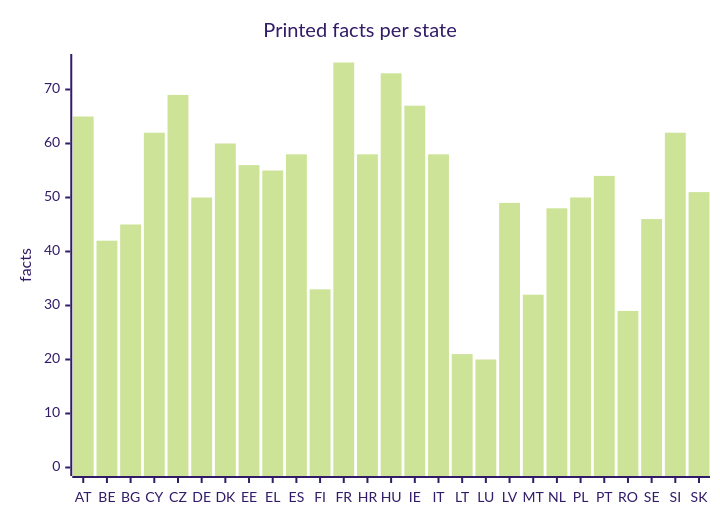
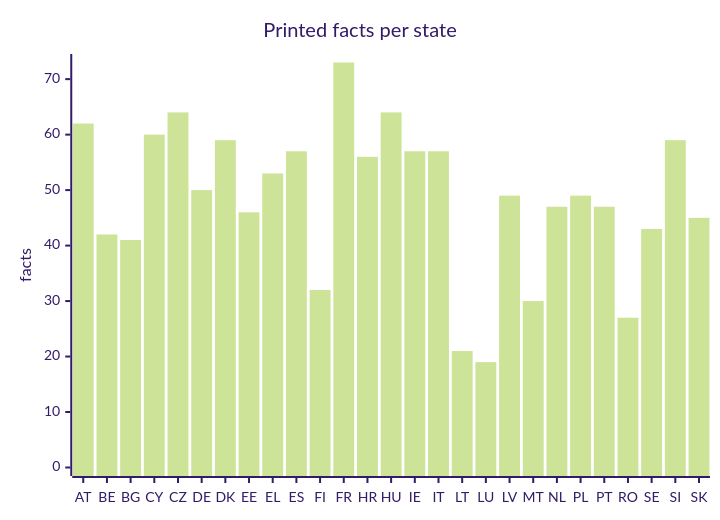
The fourth of 5 diagrams in docs/evidence.md (EU27-data-sovereignty/eu27-data-sovereignty), drawn with Mermaid (forest theme) before and after one commit. The commit also changed other lines of this file and 124 other files, not shown here.

````diff
--- a/docs/evidence.md
+++ b/docs/evidence.md
@@ -85,7 +85,7 @@
 ```mermaid
 xychart-beta
   title "Printed facts per state"
   x-axis [AT, BE, BG, CY, CZ, DE, DK, EE, EL, ES, FI, FR, HR, HU, IE, IT, LT, LU, LV, MT, NL, PL, PT, RO, SE, SI, SK]
-  y-axis "facts" 0 --> 75
-  bar [65, 42, 45, 62, 69, 50, 60, 56, 55, 58, 33, 75, 58, 73, 67, 58, 21, 20, 49, 32, 48, 50, 54, 29, 46, 62, 51]
+  y-axis "facts" 0 --> 73
+  bar [62, 42, 41, 60, 64, 50, 59, 46, 53, 57, 32, 73, 56, 64, 57, 57, 21, 19, 49, 30, 47, 49, 47, 27, 43, 59, 45]
 ```
````
